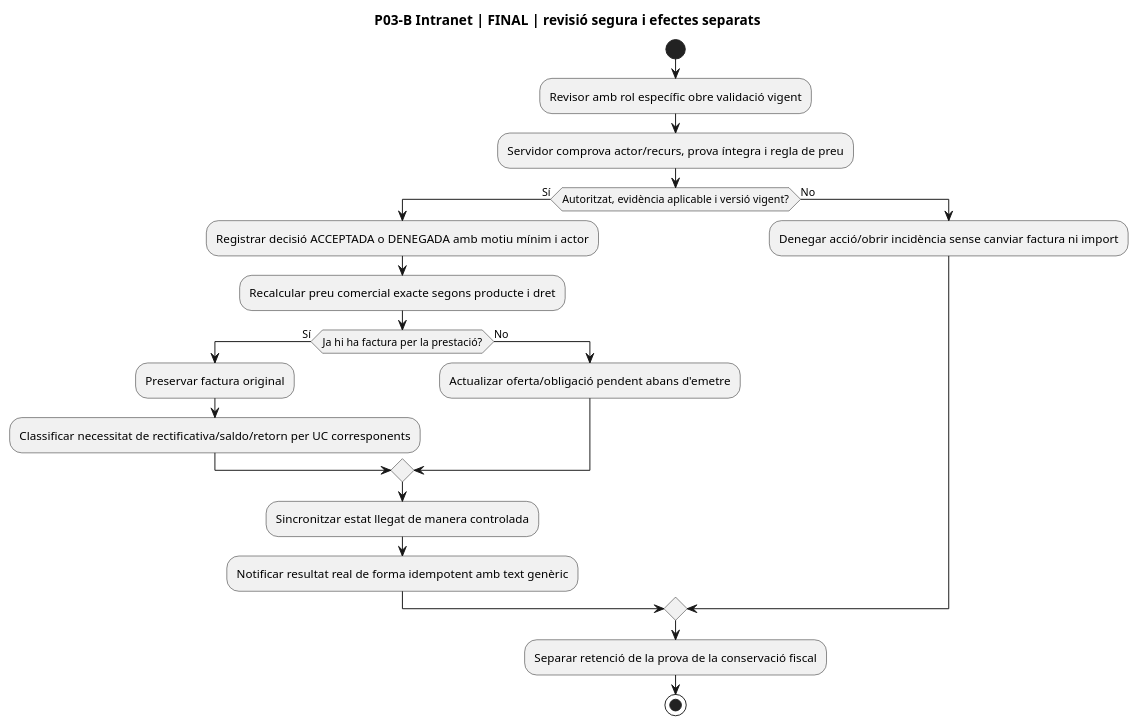
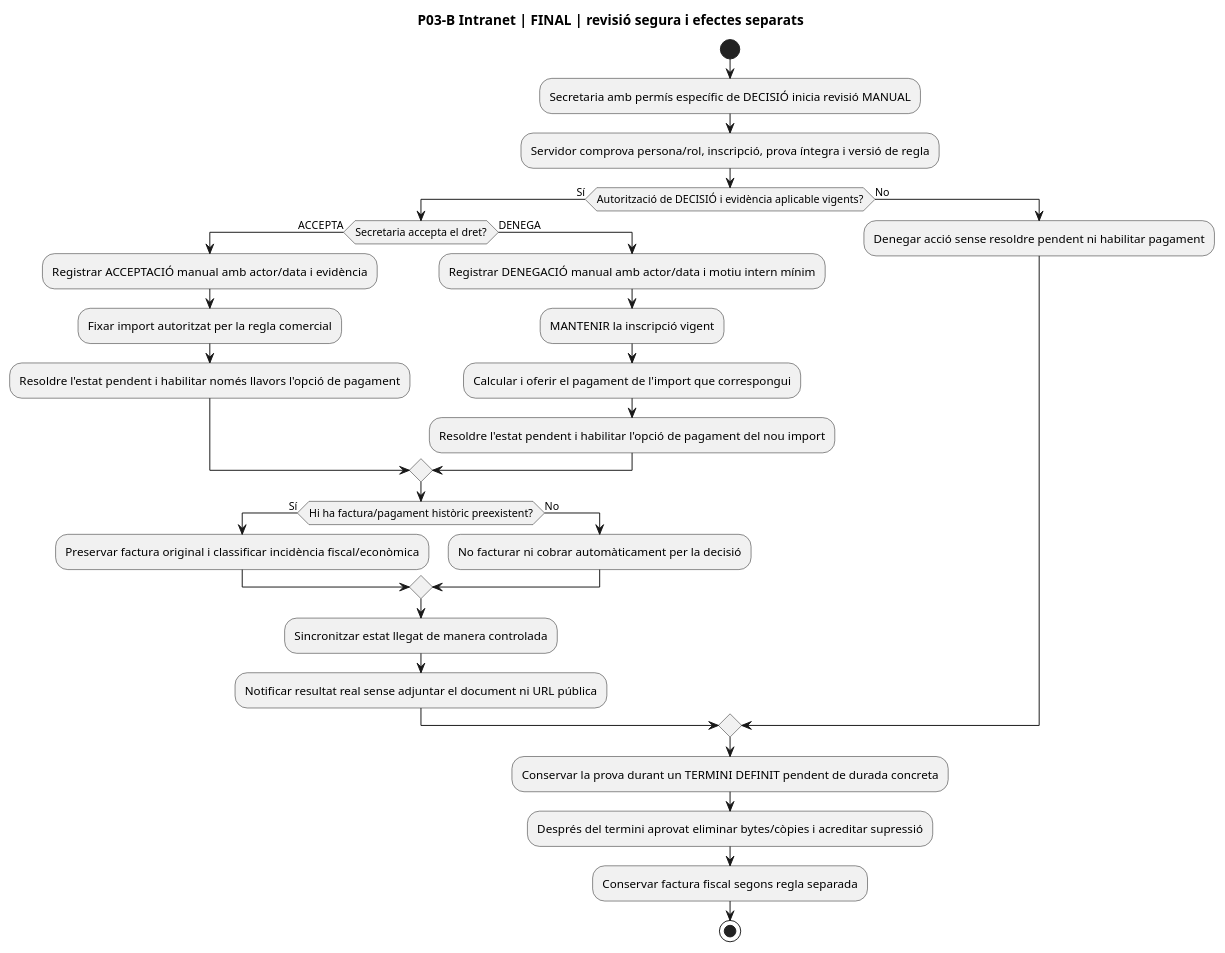
One commit to orgmeriemprismacat-del/verifactu changed the tenth of 10 diagrams in documentacio/07-uml-integrat/uc-116-activitats-pagines-justificants-actual-final.md. Above: the diagram before and after it, drawn with PlantUML. The commit also changed other lines of this file, not shown here.

Commit message:
docs: apply agreed UC116 manual review, payment gate, denial, retention and roles to final activity UML

````diff
--- a/documentacio/07-uml-integrat/uc-116-activitats-pagines-justificants-actual-final.md
+++ b/documentacio/07-uml-integrat/uc-116-activitats-pagines-justificants-actual-final.md
@@ -287,24 +291,33 @@
 ```plantuml
 @startuml
 title P03-B Intranet | FINAL | revisió segura i efectes separats
 start
-:Revisor amb rol específic obre validació vigent;
-:Servidor comprova actor/recurs, prova íntegra i regla de preu;
-if (Autoritzat, evidència aplicable i versió vigent?) then (Sí)
- :Registrar decisió ACCEPTADA o DENEGADA amb motiu mínim i actor;
- :Recalcular preu comercial exacte segons producte i dret;
- if (Ja hi ha factura per la prestació?) then (Sí)
-  :Preservar factura original;
-  :Classificar necessitat de rectificativa/saldo/retorn per UC corresponents;
+:Secretaria amb permís específic de DECISIÓ inicia revisió MANUAL;
+:Servidor comprova persona/rol, inscripció, prova íntegra i versió de regla;
+if (Autorització de DECISIÓ i evidència aplicable vigents?) then (Sí)
+ if (Secretaria accepta el dret?) then (ACCEPTA)
+  :Registrar ACCEPTACIÓ manual amb actor/data i evidència;
+  :Fixar import autoritzat per la regla comercial;
+  :Resoldre l'estat pendent i habilitar només llavors l'opció de pagament;
+ else (DENEGA)
+  :Registrar DENEGACIÓ manual amb actor/data i motiu intern mínim;
+  :MANTENIR la inscripció vigent;
+  :Calcular i oferir el pagament de l'import que correspongui;
+  :Resoldre l'estat pendent i habilitar l'opció de pagament del nou import;
+ endif
+ if (Hi ha factura/pagament històric preexistent?) then (Sí)
+  :Preservar factura original i classificar incidència fiscal/econòmica;
  else (No)
-  :Actualizar oferta/obligació pendent abans d'emetre;
+  :No facturar ni cobrar automàticament per la decisió;
  endif
  :Sincronitzar estat llegat de manera controlada;
- :Notificar resultat real de forma idempotent amb text genèric;
+ :Notificar resultat real sense adjuntar el document ni URL pública;
 else (No)
- :Denegar acció/obrir incidència sense canviar factura ni import;
+ :Denegar acció sense resoldre pendent ni habilitar pagament;
 endif
-:Separar retenció de la prova de la conservació fiscal;
+:Conservar la prova durant un TERMINI DEFINIT pendent de durada concreta;
+:Després del termini aprovat eliminar bytes/còpies i acreditar supressió;
+:Conservar factura fiscal segons regla separada;
 stop
 @enduml
 ```
````
